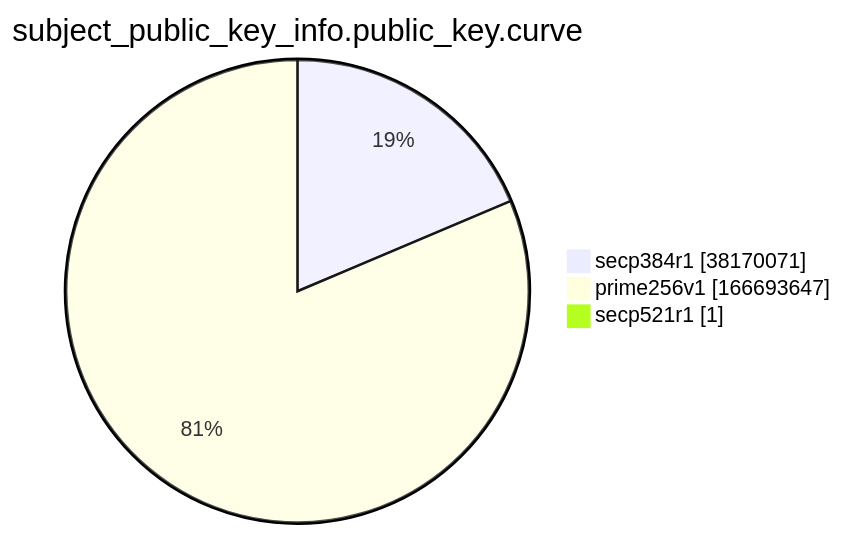
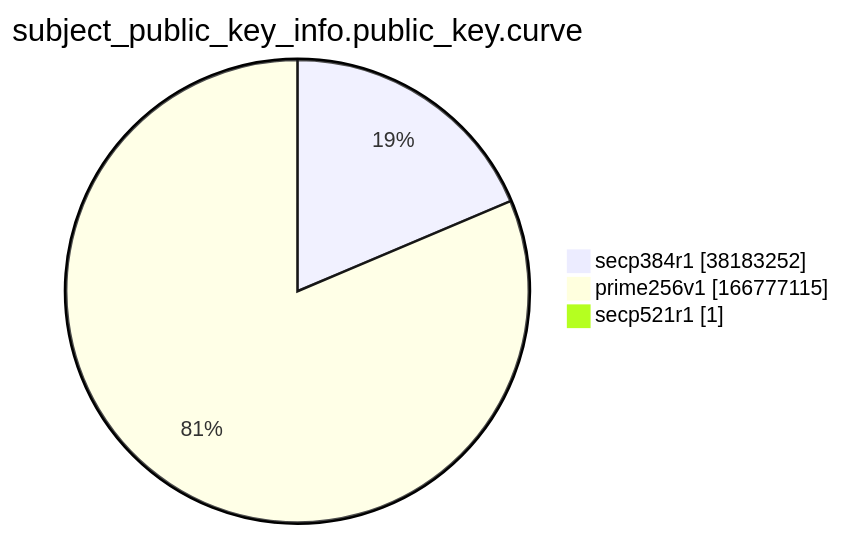
Before and after one commit to christiankrug/ctmonitor_visualization: the ninth of 15 diagrams in argon2022/README.md, drawn with Mermaid. The commit also changed other lines of this file, not shown here.

````diff
--- a/argon2022/README.md
+++ b/argon2022/README.md
@@ -2766,7 +2766,7 @@
 ```mermaid
 pie showData
 title subject_public_key_info.public_key.curve
-"secp384r1" :38170071
-"prime256v1" :166693647
+"secp384r1" :38183252
+"prime256v1" :166777115
 "secp521r1" :1
 ```
````
